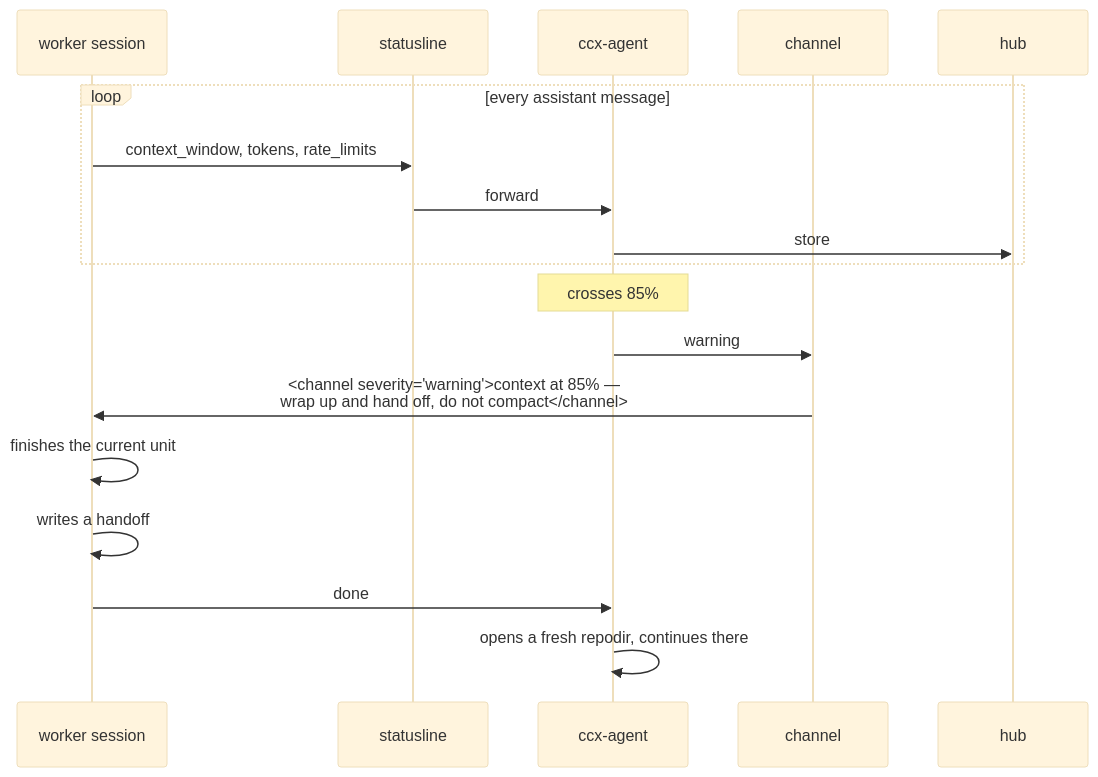
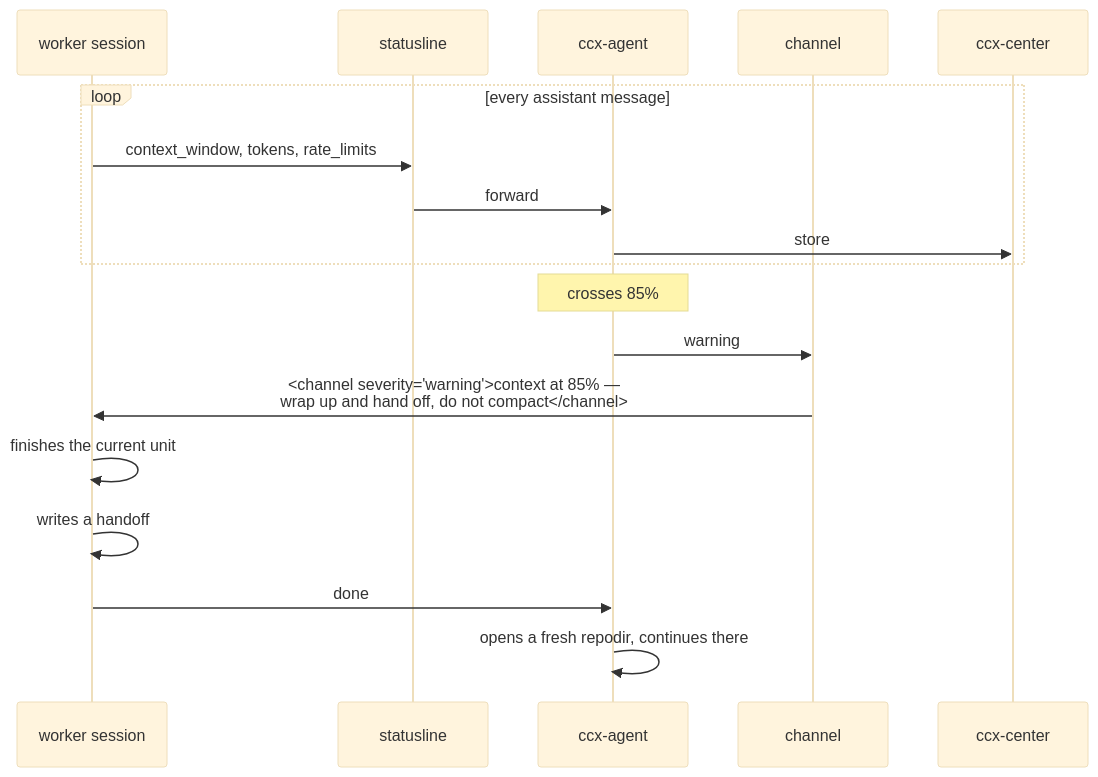
The fifth of 8 diagrams in docs/design/use-cases.md (TakashiAihara/ccx), drawn with Mermaid (base theme) before and after one commit. The commit also changed other lines of this file and 64 other files, not shown here.

First line of the commit message:
chore: unify the center's name as ccx-center (apps/center, CCX_CENTER_*, [center])

````diff
--- a/docs/design/use-cases.md
+++ b/docs/design/use-cases.md
@@ -170,22 +170,22 @@
 ```mermaid
 sequenceDiagram
     participant S as worker session
     participant SL as statusline
     participant AGENT as ccx-agent
     participant C as channel
-    participant HUB as hub
+    participant CENTER as ccx-center
 
     loop every assistant message
         S->>SL: context_window, tokens, rate_limits
         SL->>AGENT: forward
-        AGENT->>HUB: store
+        AGENT->>CENTER: store
     end
 
     Note over AGENT: crosses 85%
     AGENT->>C: warning
     C->>S: <channel severity="warning">context at 85% —<br/>wrap up and hand off, do not compact</channel>
     S->>S: finishes the current unit
     S->>S: writes a handoff
     S->>AGENT: done
     AGENT->>AGENT: opens a fresh repodir, continues there
 ```
````
